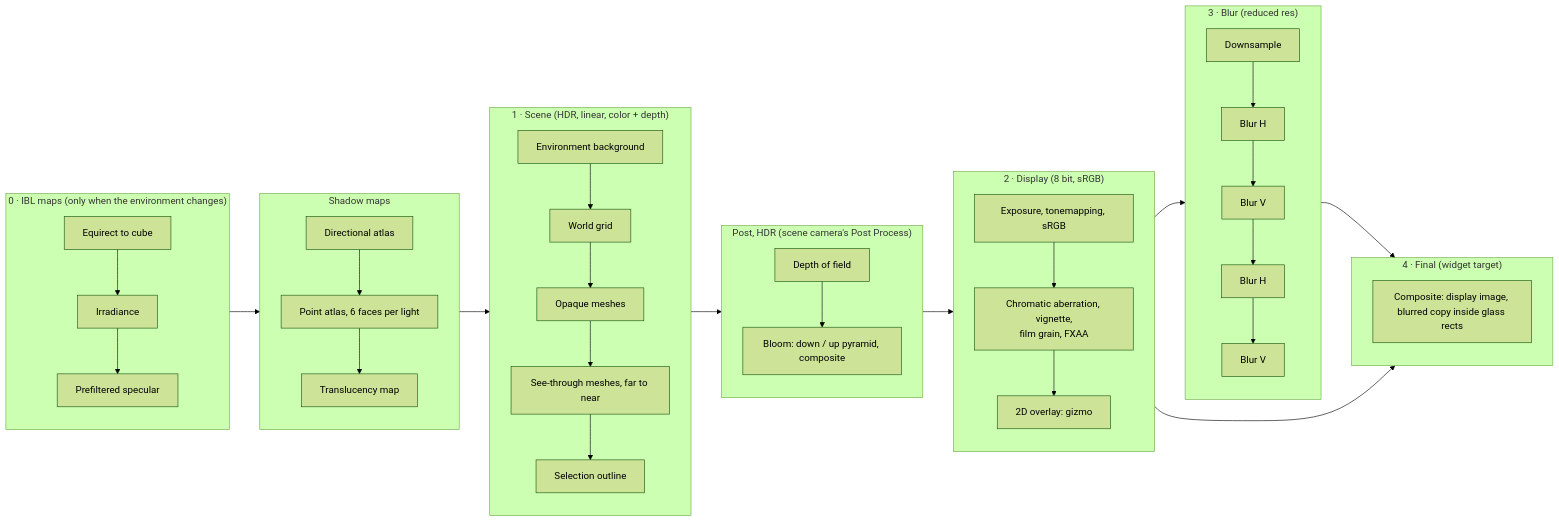
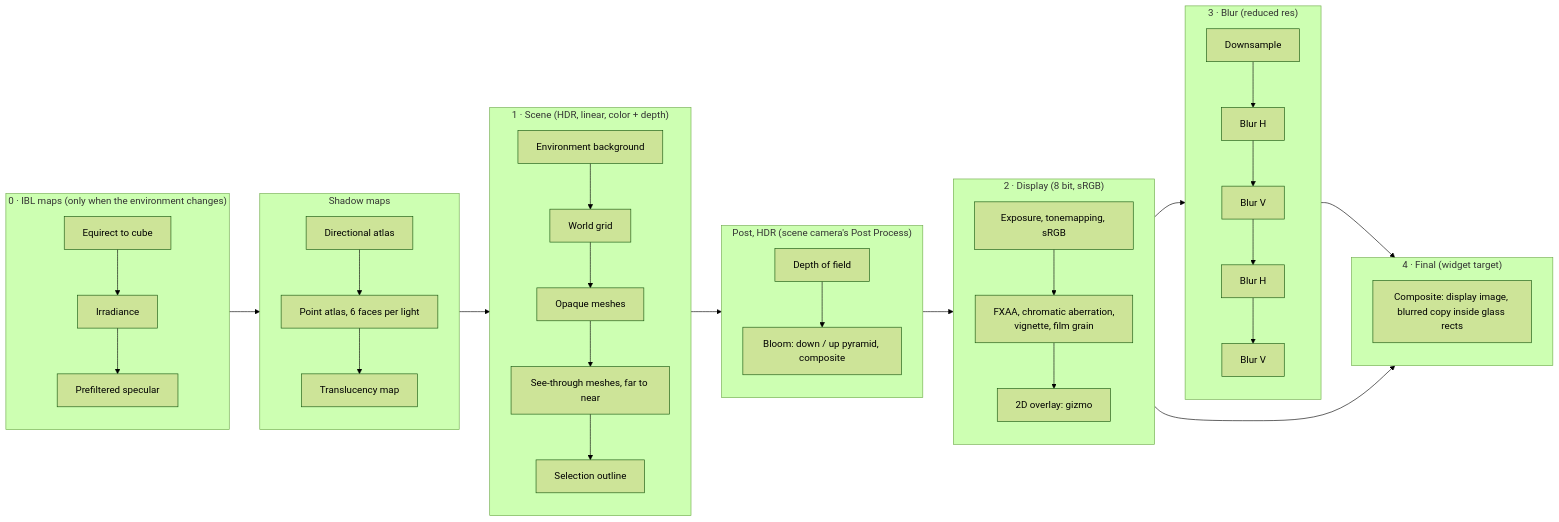
Before and after one commit to Dnurr/Lune: the diagram in docs/rendering.md, drawn with Mermaid (forest theme). The commit also changed other lines of this file and 4 other files, not shown here.

````diff
--- a/docs/rendering.md
+++ b/docs/rendering.md
@@ -18,26 +18,26 @@
 ```mermaid
 flowchart LR
     subgraph P0["0 &middot; IBL maps (only when the environment changes)"]
         conv[Equirect to cube] --> irr[Irradiance] --> pre[Prefiltered specular]
     end
     subgraph PS["Shadow maps"]
         sdir[Directional atlas] --> spoint[Point atlas, 6 faces per light] --> strans[Translucency map]
     end
     subgraph P1["1 &middot; Scene (HDR, linear, color + depth)"]
         bg[Environment background] --> grid[World grid] --> meshes[Opaque meshes] --> blend[See-through meshes, far to near] --> outline[Selection outline]
     end
     subgraph PP["Post, HDR (scene camera's Post Process)"]
         dof[Depth of field] --> bloom[Bloom: down / up pyramid, composite]
     end
     subgraph P2["2 &middot; Display (8 bit, sRGB)"]
-        disp[Exposure, tonemapping, sRGB] --> lpost[Chromatic aberration, vignette,<br/>film grain, FXAA] --> overlay[2D overlay: gizmo]
+        disp[Exposure, tonemapping, sRGB] --> lpost[FXAA, chromatic aberration,<br/>vignette, film grain] --> overlay[2D overlay: gizmo]
     end
     subgraph P3["3 &middot; Blur (reduced res)"]
         down[Downsample] --> h1[Blur H] --> v1[Blur V] --> h2[Blur H] --> v2[Blur V]
     end
     subgraph P4["4 &middot; Final (widget target)"]
         comp[Composite: display image, blurred copy inside glass rects]
     end
     P0 --> PS --> P1 --> PP --> P2 --> P3 --> P4
     P2 --> P4
 ```
````
